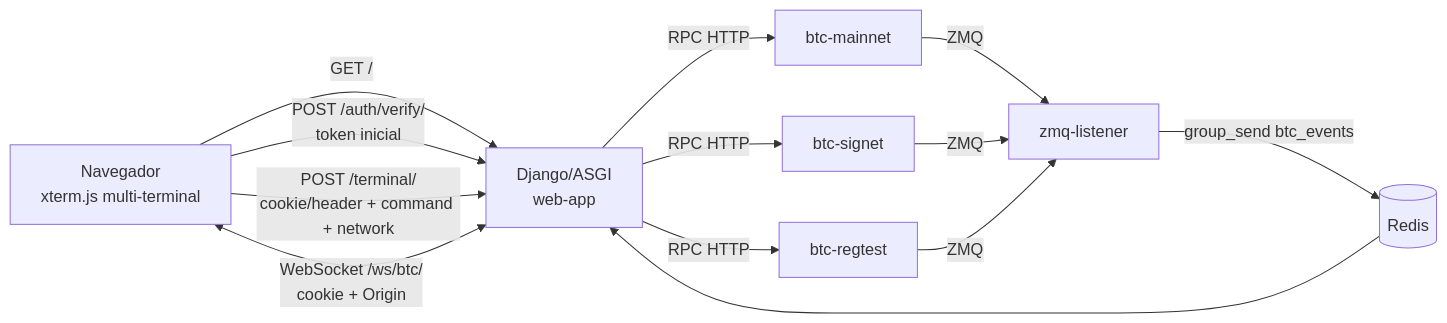
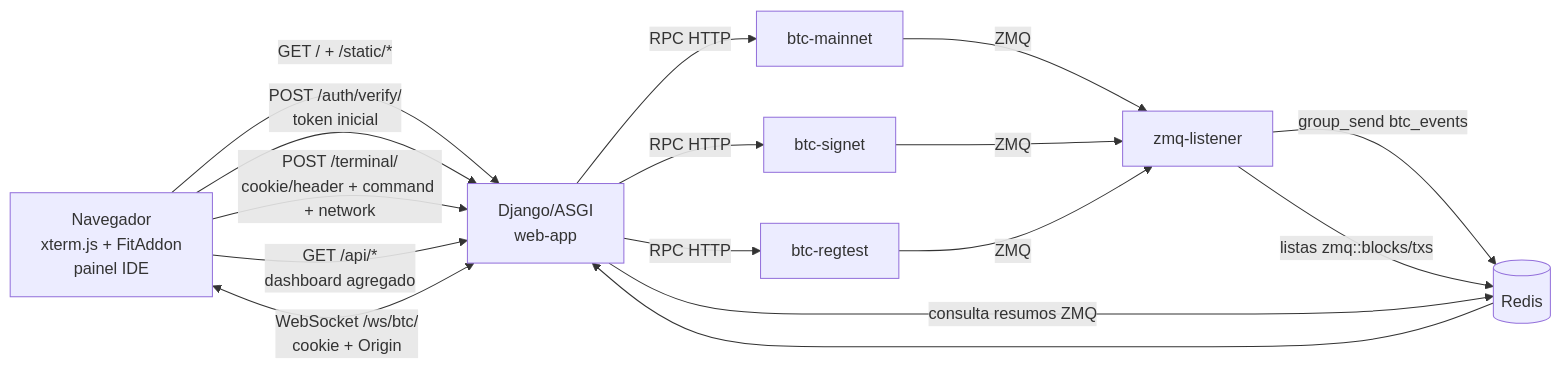
The diagram in docs/arquitetura.md (lyonpamplona/coreCraft_labs), drawn with Mermaid before and after one commit. The commit also changed other lines of this file and 43 other files, not shown here.

````diff
--- a/docs/arquitetura.md
+++ b/docs/arquitetura.md
@@ -9,17 +9,20 @@
 ```mermaid
 flowchart LR
-    Browser[Navegador<br>xterm.js multi-terminal] -->|GET /| Web[Django/ASGI<br>web-app]
+    Browser[Navegador<br>xterm.js + FitAddon<br>painel IDE] -->|GET / + /static/*| Web[Django/ASGI<br>web-app]
     Browser -->|POST /auth/verify/<br>token inicial| Web
     Browser -->|POST /terminal/<br>cookie/header + command + network| Web
+    Browser -->|GET /api/*<br>dashboard agregado| Web
     Browser <-->|WebSocket /ws/btc/<br>cookie + Origin| Web
 
     Web -->|RPC HTTP| Main[btc-mainnet]
     Web -->|RPC HTTP| Sig[btc-signet]
     Web -->|RPC HTTP| Reg[btc-regtest]
 
     Main -->|ZMQ| Listener[zmq-listener]
     Sig -->|ZMQ| Listener
     Reg -->|ZMQ| Listener
     Listener -->|group_send btc_events| Redis[(Redis)]
+    Listener -->|listas zmq:<rede>:blocks/txs| Redis
+    Web -->|consulta resumos ZMQ| Redis
     Redis --> Web
 ```
````
